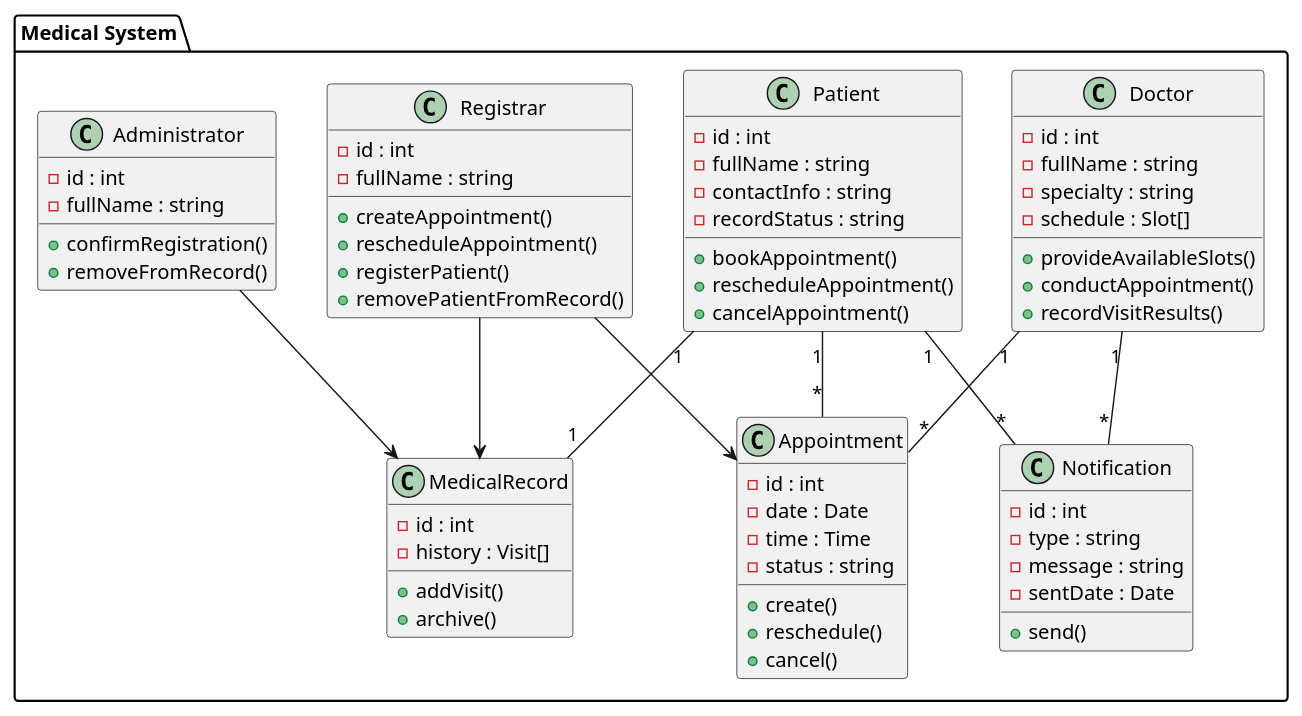
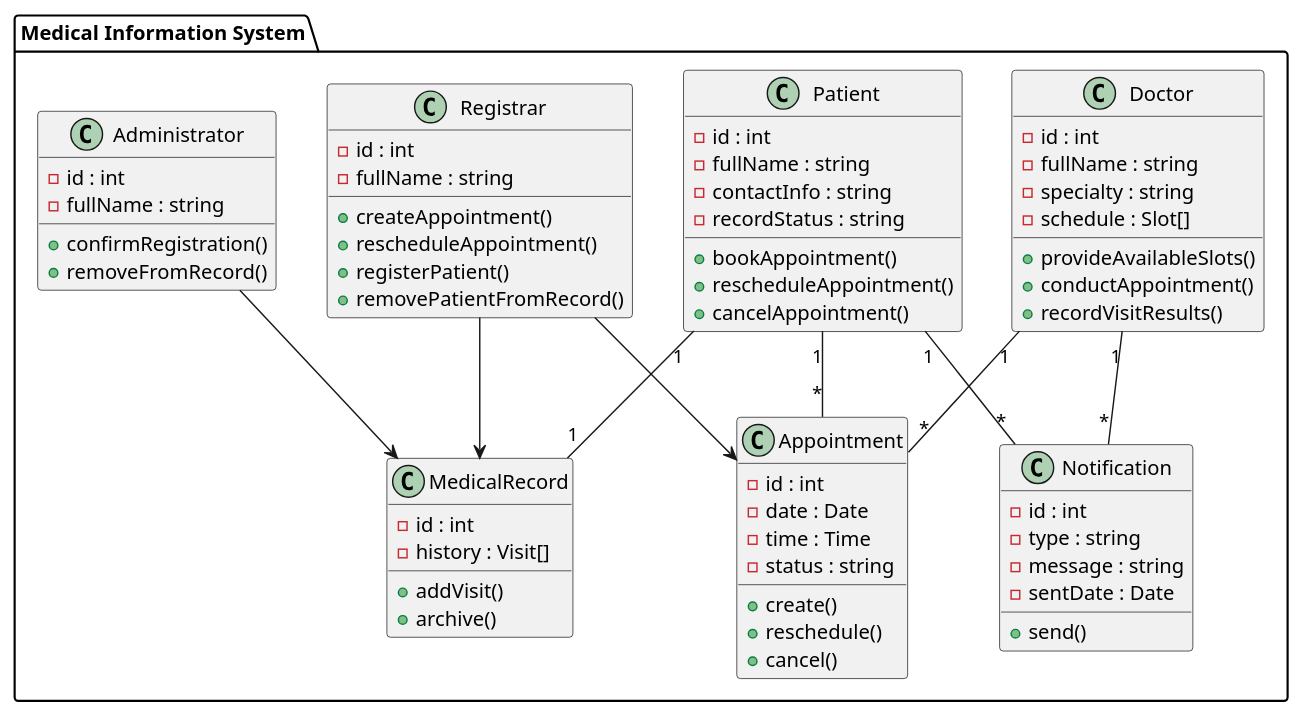
The diagram in class_diagram.puml (penamarth/bsbo-13-23_team3_var3_clinic), drawn with PlantUML before and after one commit.

```diff
--- a/class_diagram.puml
+++ b/class_diagram.puml
@@ -1,74 +1,74 @@
 @startuml class_diagram
-package "Medical System" {
+package "Medical Information System" {
 class Patient {
   - id : int
   - fullName : string
   - contactInfo : string
   - recordStatus : string
   + bookAppointment()
   + rescheduleAppointment()
   + cancelAppointment()
 }
 
 class Registrar {
   - id : int
   - fullName : string
   + createAppointment()
   + rescheduleAppointment()
   + registerPatient()
   + removePatientFromRecord()
 }
 
 class Doctor {
   - id : int
   - fullName : string
   - specialty : string
   - schedule : Slot[]
   + provideAvailableSlots()
   + conductAppointment()
   + recordVisitResults()
 }
 
 class Administrator {
   - id : int
   - fullName : string
   + confirmRegistration()
   + removeFromRecord()
 }
 
 class Appointment {
   - id : int
   - date : Date
   - time : Time
   - status : string
   + create()
   + reschedule()
   + cancel()
 }
 
 class MedicalRecord {
   - id : int
   - history : Visit[]
   + addVisit()
   + archive()
 }
 
 class Notification {
   - id : int
   - type : string
   - message : string
   - sentDate : Date
   + send()
 }
 
 Patient "1" -- "1" MedicalRecord
 Patient "1" -- "*" Appointment
 Doctor "1" -- "*" Appointment
 Patient "1" -- "*" Notification
 Doctor "1" -- "*" Notification
 
 Registrar --> Appointment
 Registrar --> MedicalRecord
 Administrator --> MedicalRecord
 }
 @enduml
```
